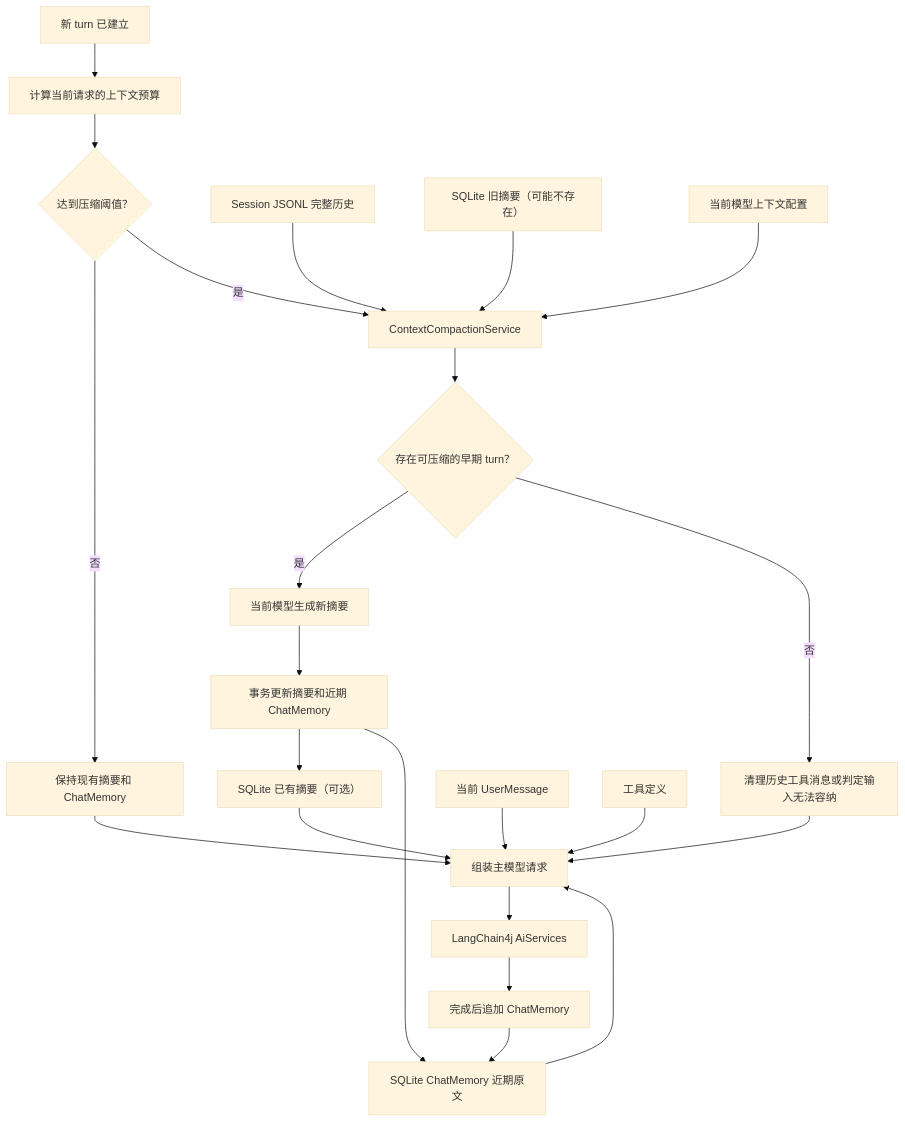
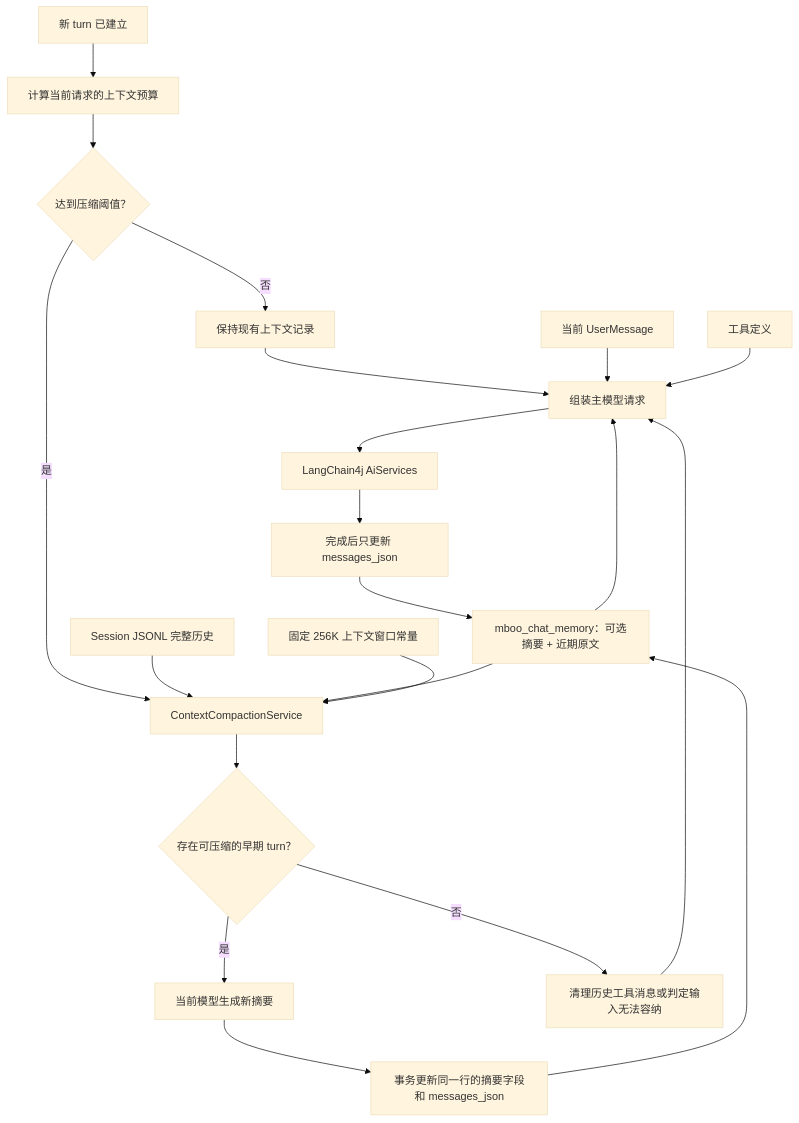
One commit to gotosan/mboo-code changed the first of 3 diagrams in docs/session-context-memory-design.md. Above: the diagram before and after it, drawn with Mermaid (base theme). The commit also changed other lines of this file, not shown here.

````diff
--- a/docs/session-context-memory-design.md
+++ b/docs/session-context-memory-design.md
@@ -104,28 +102,26 @@
 ```mermaid
 flowchart TD
     A["新 turn 已建立"] --> B["计算当前请求的上下文预算"]
     B --> C{"达到压缩阈值？"}
 
-    C -- "否" --> D["保持现有摘要和 ChatMemory"]
+    C -- "否" --> D["保持现有上下文记录"]
     C -- "是" --> E["ContextCompactionService"]
 
     F["Session JSONL 完整历史"] --> E
-    G["SQLite 旧摘要（可能不存在）"] --> E
-    H["当前模型上下文配置"] --> E
+    X["mboo_chat_memory：可选摘要 + 近期原文"] --> E
+    H["固定 256K 上下文窗口常量"] --> E
     E --> R{"存在可压缩的早期 turn？"}
     R -- "是" --> I["当前模型生成新摘要"]
-    I --> J["事务更新摘要和近期 ChatMemory"]
+    I --> J["事务更新同一行的摘要字段和 messages_json"]
     R -- "否" --> S["清理历史工具消息或判定输入无法容纳"]
 
     D --> K["组装主模型请求"]
-    L["SQLite 已有摘要（可选）"] --> K
-    M["SQLite ChatMemory 近期原文"] --> K
-    J --> L
-    J --> M
+    X --> K
+    J --> X
     S --> K
     N["当前 UserMessage"] --> K
     O["工具定义"] --> K
     K --> P["LangChain4j AiServices"]
-    P --> Q["完成后追加 ChatMemory"]
-    Q --> M
+    P --> Q["完成后只更新 messages_json"]
+    Q --> X
 ```
````
